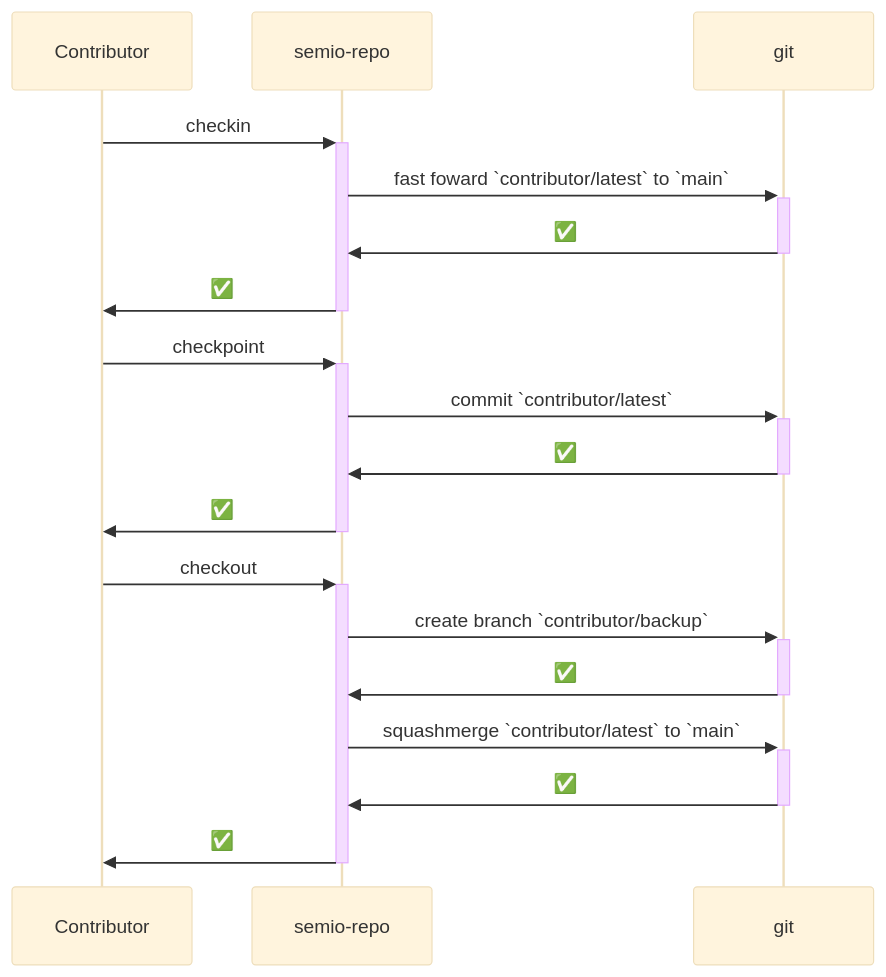
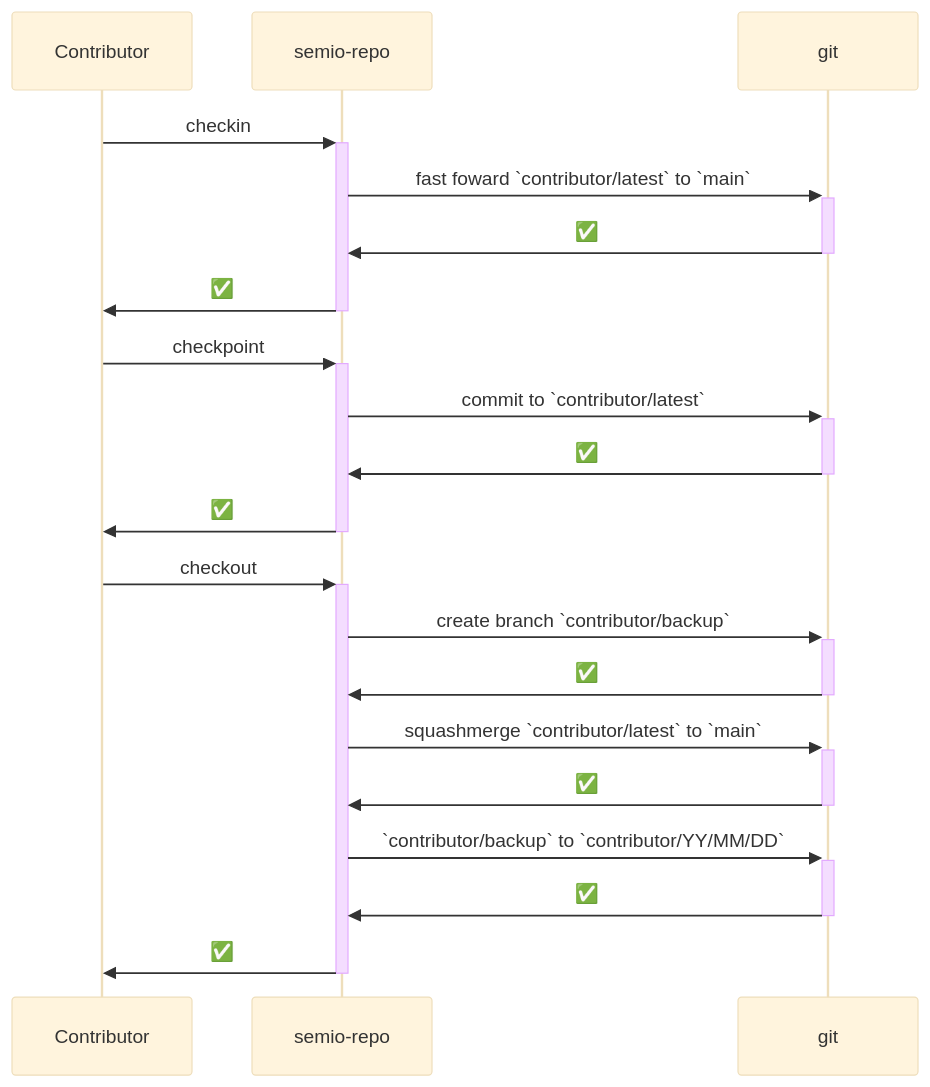
One commit to usalu/semio changed the diagram in semio-repo/README.md. Above: the diagram before and after it, drawn with Mermaid (base theme). The commit also changed other lines of this file and 861 other files, not shown here.

````diff
--- a/semio-repo/README.md
+++ b/semio-repo/README.md
@@ -156,17 +156,19 @@
 ```mermaid
 sequenceDiagram
- Contributor->>+semio-repo: checkin
- semio-repo->>+git: fast foward `contributor/latest` to `main`
- git->>-semio-repo: ✅
- semio-repo->>-Contributor: ✅
- Contributor->>+semio-repo: checkpoint
- semio-repo->>+git: commit `contributor/latest`
- git->>-semio-repo: ✅
- semio-repo->>-Contributor: ✅
- Contributor->>+semio-repo: checkout
- semio-repo->>+git: create branch `contributor/backup`
- git->>-semio-repo: ✅
- semio-repo->>+git: squashmerge `contributor/latest` to `main`
- git->>-semio-repo: ✅
- semio-repo->>-Contributor: ✅
+Contributor->>+semio-repo: checkin
+semio-repo->>+git: fast foward `contributor/latest` to  `main`
+git->>-semio-repo: ✅
+semio-repo->>-Contributor: ✅
+Contributor->>+semio-repo: checkpoint
+semio-repo->>+git: commit to `contributor/latest`
+git->>-semio-repo: ✅
+semio-repo->>-Contributor: ✅
+Contributor->>+semio-repo: checkout
+semio-repo->>+git: create branch `contributor/backup`
+git->>-semio-repo: ✅
+semio-repo->>+git: squashmerge `contributor/latest` to  `main`
+git->>-semio-repo: ✅
+semio-repo->>+git: `contributor/backup` to `contributor/YY/MM/DD`
+git->>-semio-repo: ✅
+semio-repo->>-Contributor: ✅
 ```
````
